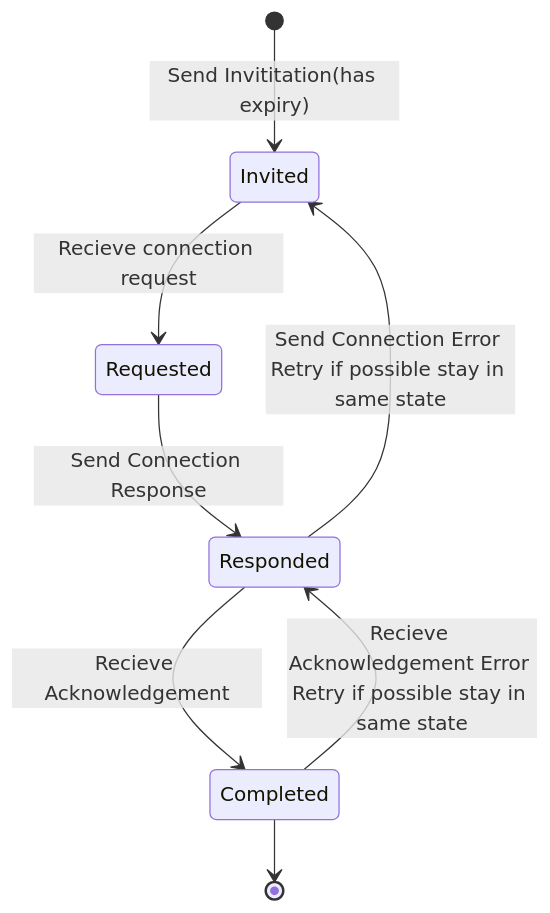
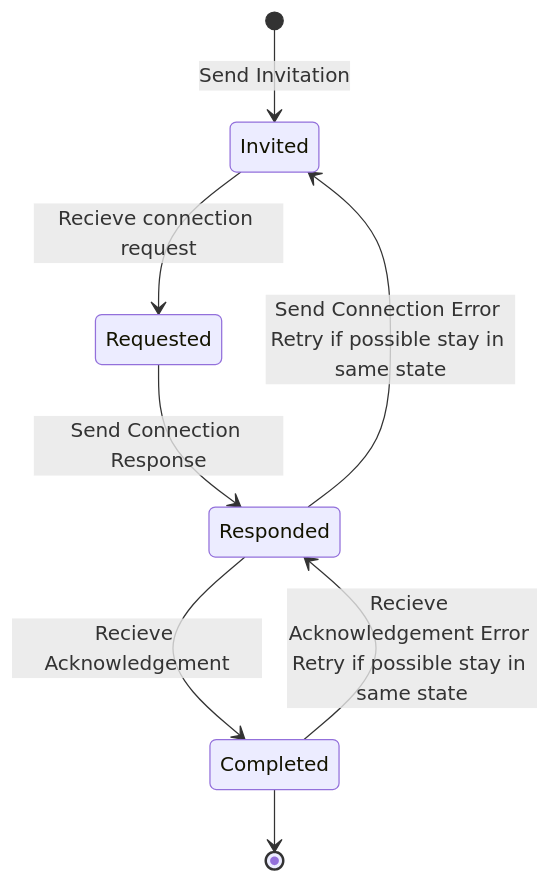
The second of 3 diagrams in mercury/prism-mediator/protocol-invitation/Invitation-Protocol.md (hyperledger/identus-cloud-agent), drawn with Mermaid before and after one commit. The commit also changed other lines of this file and 1 other file, not shown here.

````diff
--- a/mercury/prism-mediator/protocol-invitation/Invitation-Protocol.md
+++ b/mercury/prism-mediator/protocol-invitation/Invitation-Protocol.md
@@ -15,10 +33,10 @@
 ```mermaid
 stateDiagram-v2
-  [*] --> Invited:Send Invititation(has expiry)
+  [*] --> Invited:Send Invitation
   Invited --> Requested:Recieve connection request
   Requested --> Responded:Send Connection Response
   Responded --> Invited: Send Connection Error Retry if possible stay in same state
   Responded --> Completed:Recieve Acknowledgement
   Completed --> Responded:Recieve Acknowledgement Error Retry if possible stay in same state
-  Completed --> [*] 
+  Completed --> [*]
 ```
````
